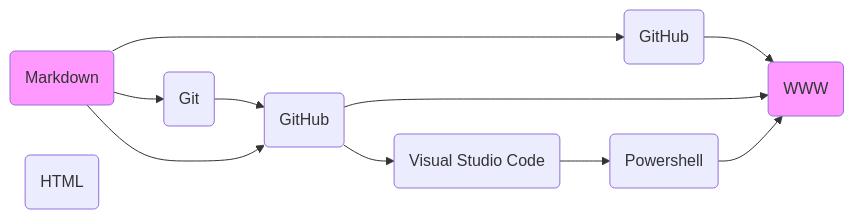
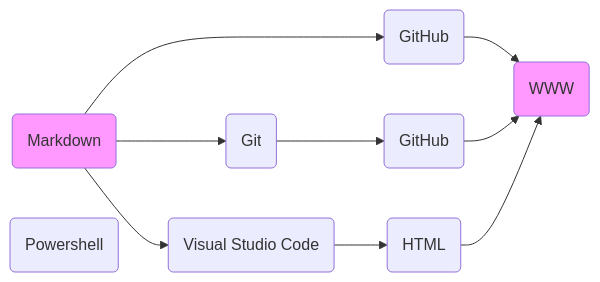
One commit to phdonner/phdonner changed the diagram in README.md. Above: the diagram before and after it, drawn with Mermaid.

````diff
--- a/README.md
+++ b/README.md
@@ -27,16 +27,16 @@
 ```mermaid
 flowchart LR
     id1(Markdown)
     id2(GitHub)
     id3(WWW)
     id4(Git)
     id5(GitHub)
     id6(Visual Studio Code)
     id7(Powershell)
     id8(HTML)
     id1-->id2-->id3;
     id1-->id4-->id5-->id3;
-    id1-->id5-->id6-->id7-->id3;
+    id1-->id6-->id8-->id3;
 style id1 fill:#f9f;
 style id3 fill:#f9f;
 ```
````
